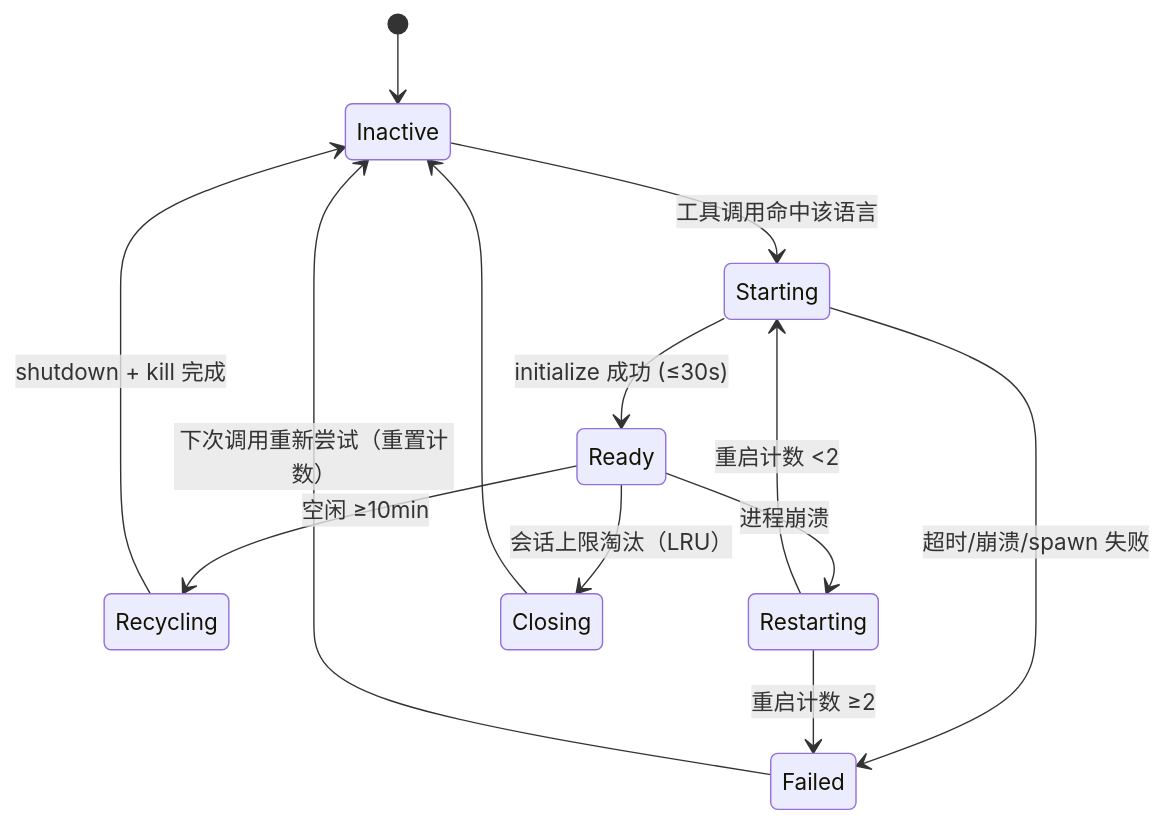
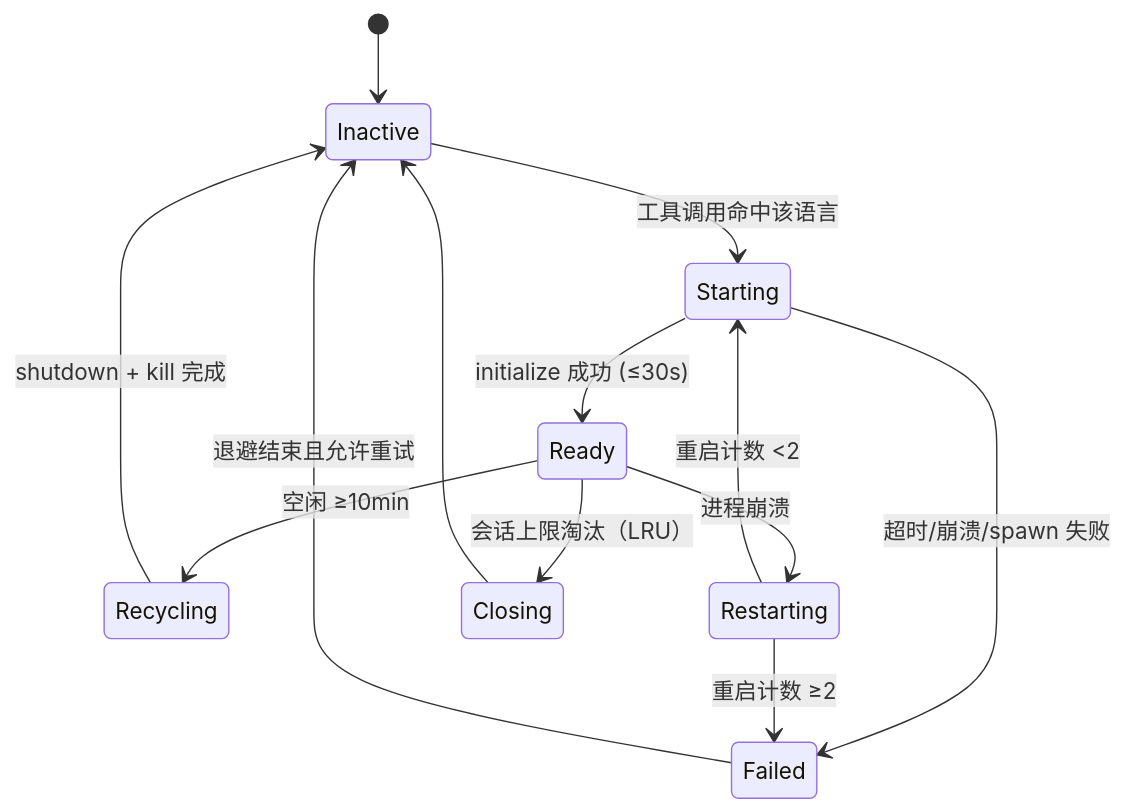
Before and after one commit to BaSui01/snow-app: the first of 3 diagrams in docs/zh-CN/4-架构与开发/7-LSP外部语言服务器接入设计.md, drawn with Mermaid. The commit also changed other lines of this file and 7 other files, not shown here.

````diff
--- a/docs/zh-CN/4-架构与开发/7-LSP外部语言服务器接入设计.md
+++ b/docs/zh-CN/4-架构与开发/7-LSP外部语言服务器接入设计.md
@@ -161,15 +236,15 @@
 ```mermaid
 stateDiagram-v2
     [*] --> Inactive
     Inactive --> Starting: 工具调用命中该语言
     Starting --> Ready: initialize 成功 (≤30s)
     Starting --> Failed: 超时/崩溃/spawn 失败
     Ready --> Recycling: 空闲 ≥10min
     Recycling --> Inactive: shutdown + kill 完成
     Ready --> Restarting: 进程崩溃
     Restarting --> Starting: 重启计数 <2
     Restarting --> Failed: 重启计数 ≥2
-    Failed --> Inactive: 下次调用重新尝试（重置计数）
+    Failed --> Inactive: 退避结束且允许重试
     Ready --> Closing: 会话上限淘汰（LRU）
     Closing --> Inactive
 ```
````
